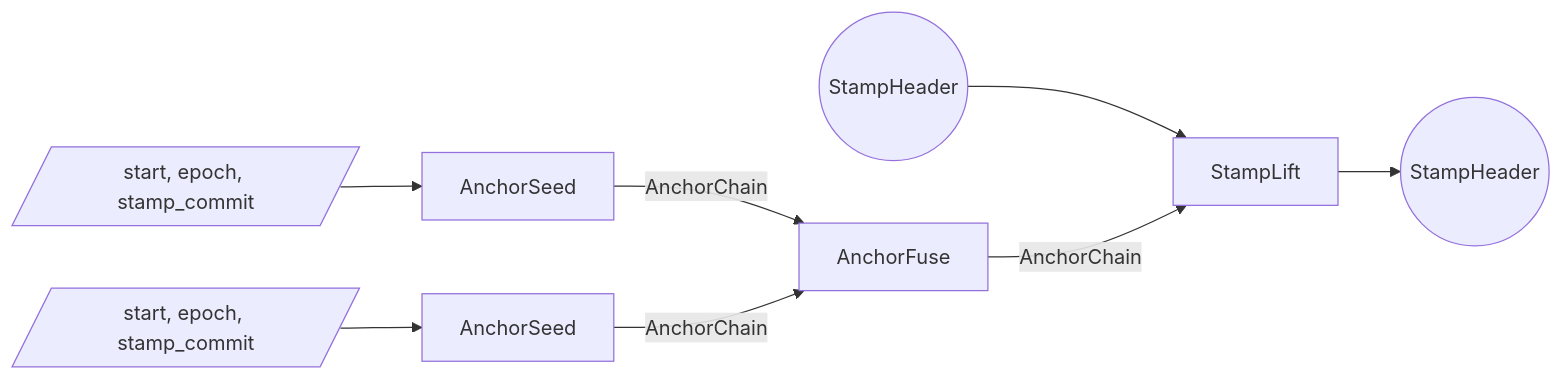
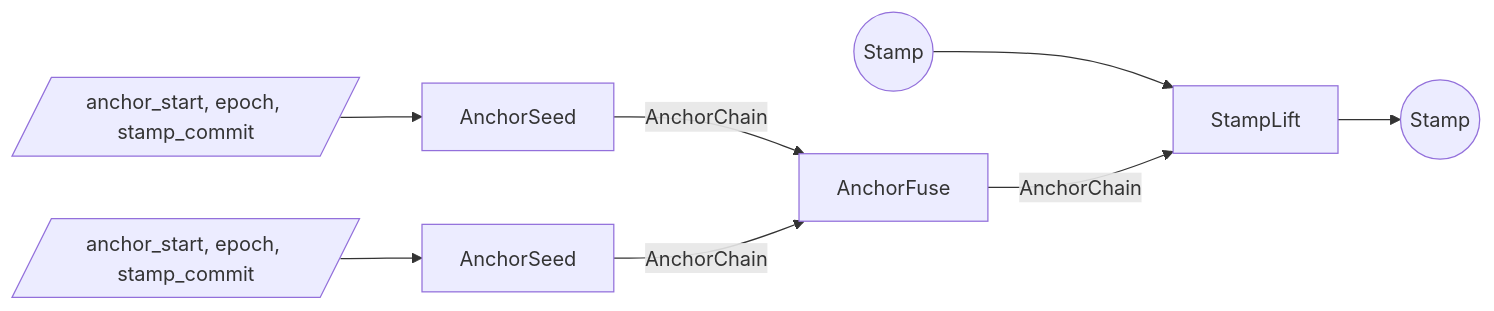
One commit to alxiong/tachyon changed the second of 3 diagrams in book/src/proof-tree.md. Above: the diagram before and after it, drawn with Mermaid. The commit also changed other lines of this file and 24 other files, not shown here.

````diff
--- a/book/src/proof-tree.md
+++ b/book/src/proof-tree.md
@@ -376,19 +376,19 @@
 ```mermaid
 flowchart LR
-  sh_in((StampHeader))
-  w_seed[/start, epoch, stamp_commit/]
+  sh_in((Stamp))
+  w_seed[/anchor_start, epoch, stamp_commit/]
   s_seed[AnchorSeed]
-  w_next[/start, epoch, stamp_commit/]
+  w_next[/anchor_start, epoch, stamp_commit/]
   s_next[AnchorSeed]
   s_fuse[AnchorFuse]
   s_lift[StampLift]
-  sh_out((StampHeader))
+  sh_out((Stamp))
 
   w_seed --> s_seed
   w_next --> s_next
   s_seed -->|AnchorChain| s_fuse
   s_next -->|AnchorChain| s_fuse
   sh_in --> s_lift
   s_fuse -->|AnchorChain| s_lift
   s_lift --> sh_out
 ```
````
